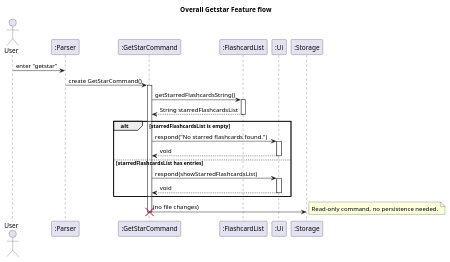
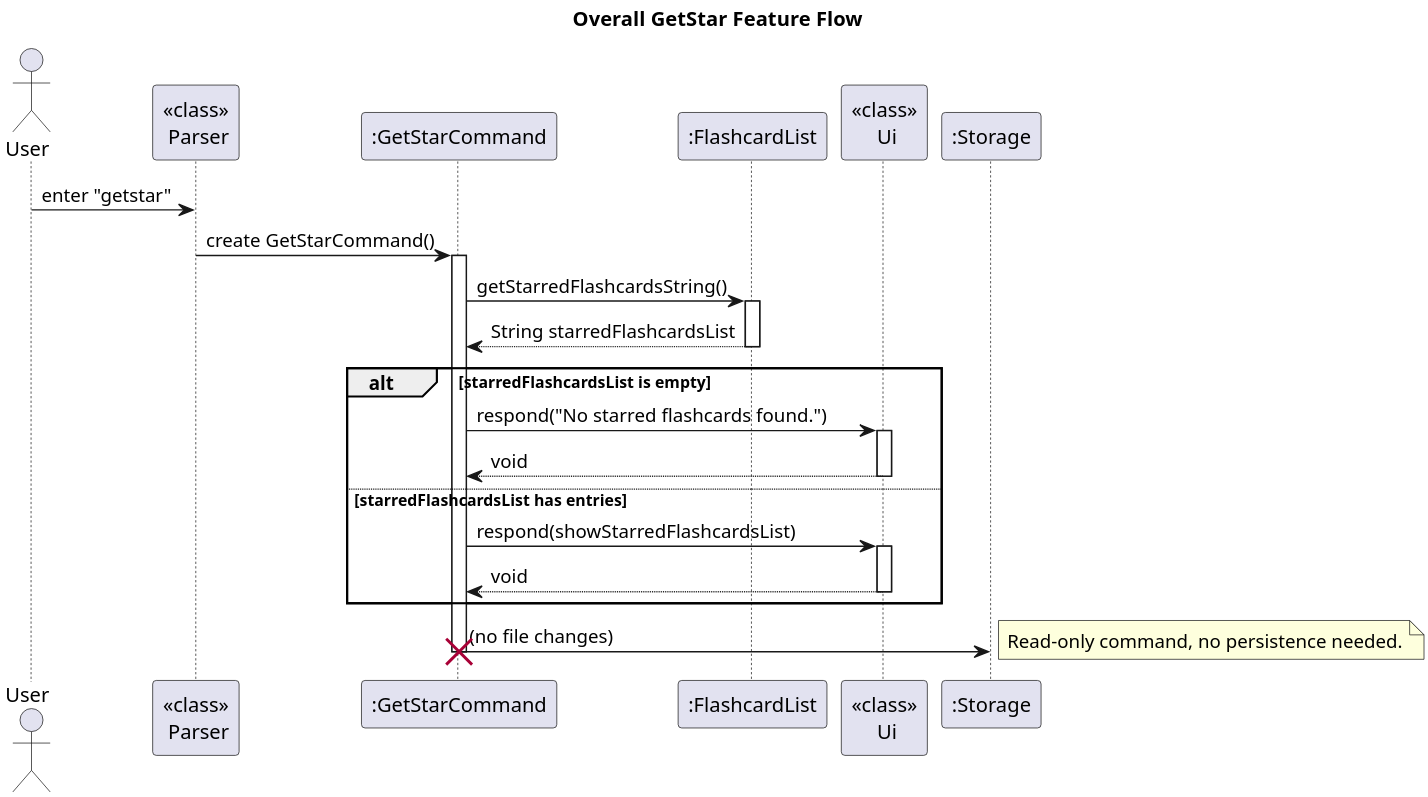
The diagram in docs/diagrams/GetStarFeature_Overall.puml (ashutoshalung/tp), drawn with PlantUML before and after one commit. The commit also changed 9 other files, not shown here.

Commit message:
Add resolution to diagrams

```diff
--- a/docs/diagrams/GetStarFeature_Overall.puml
+++ b/docs/diagrams/GetStarFeature_Overall.puml
@@ -1,38 +1,41 @@
 @startuml
-title Overall Getstar Feature flow
+title Overall GetStar Feature Flow
+
+' --- High resolution for clear PNG output ---
+skinparam dpi 300
 
 actor User
-participant ":Parser" as parser
+participant "<<class>>\n Parser" as parser
 participant ":GetStarCommand" as getStarCommand
 participant ":FlashcardList" as flashcardList
-participant ":Ui" as ui
+participant "<<class>>\n Ui" as ui
 participant ":Storage" as storage
 
 User -> parser : enter "getstar"
 parser -> getStarCommand : create GetStarCommand()
 activate getStarCommand
 
 getStarCommand -> flashcardList : getStarredFlashcardsString()
 activate flashcardList
 flashcardList --> getStarCommand : String starredFlashcardsList
 deactivate flashcardList
 
 alt starredFlashcardsList is empty
-    getStarCommand -> ui : respond("No starred flashcards found.")
-    activate ui
-    ui --> getStarCommand : void
-    deactivate ui
+getStarCommand -> ui : respond("No starred flashcards found.")
+activate ui
+ui --> getStarCommand : void
+deactivate ui
 else starredFlashcardsList has entries
-    getStarCommand -> ui : respond(showStarredFlashcardsList)
-    activate ui
-    ui --> getStarCommand : void
-    deactivate ui
+getStarCommand -> ui : respond(showStarredFlashcardsList)
+activate ui
+ui --> getStarCommand : void
+deactivate ui
 end
 
 getStarCommand -> storage : (no file changes)
 note right: Read-only command, no persistence needed.
 
 ' --- Object cleanup phase ---
 destroy getStarCommand
 
 @enduml
```
